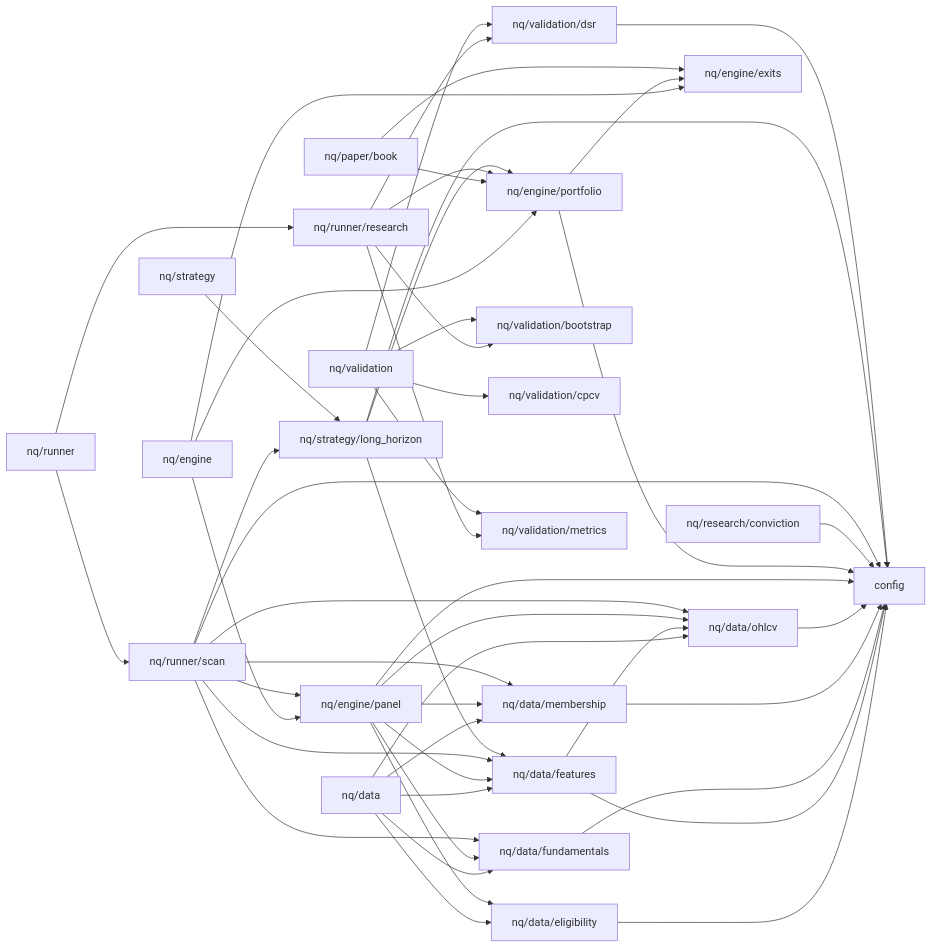
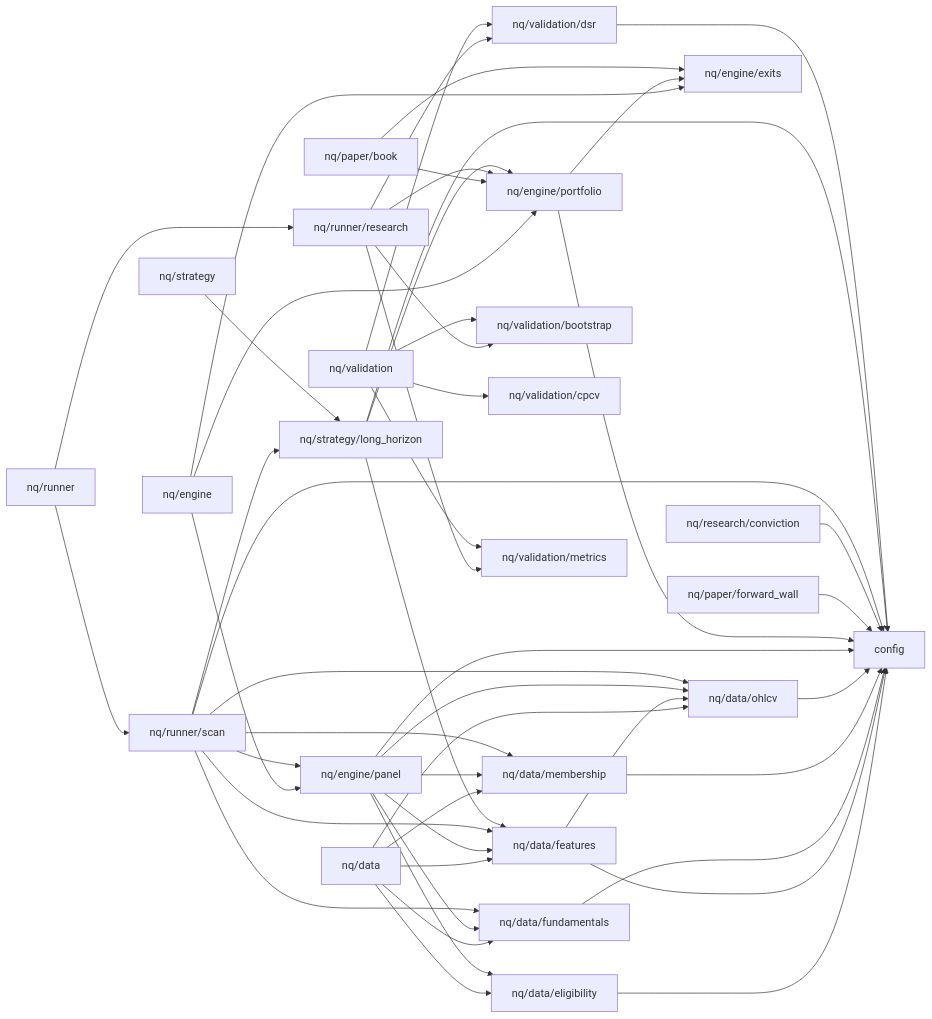
One commit to kreeshpatel/nifty-satvik changed the diagram in docs/DEPENDENCY_MAP.md. Above: the diagram before and after it, drawn with Mermaid. The commit also changed 3 other files, not shown here.

First line of the commit message:
feat(forward): build the §3 forward-wall hash-chained 3-book log harness

````diff
--- a/docs/DEPENDENCY_MAP.md
+++ b/docs/DEPENDENCY_MAP.md
@@ -9,73 +9,75 @@
 ```mermaid
 flowchart LR
     config["config"]
     nq_data["nq/data"]
     nq_data_eligibility["nq/data/eligibility"]
     nq_data_features["nq/data/features"]
     nq_data_fundamentals["nq/data/fundamentals"]
     nq_data_membership["nq/data/membership"]
     nq_data_ohlcv["nq/data/ohlcv"]
     nq_engine["nq/engine"]
     nq_engine_exits["nq/engine/exits"]
     nq_engine_panel["nq/engine/panel"]
     nq_engine_portfolio["nq/engine/portfolio"]
     nq_paper_book["nq/paper/book"]
+    nq_paper_forward_wall["nq/paper/forward_wall"]
     nq_research_conviction["nq/research/conviction"]
     nq_runner["nq/runner"]
     nq_runner_research["nq/runner/research"]
     nq_runner_scan["nq/runner/scan"]
     nq_strategy["nq/strategy"]
     nq_strategy_long_horizon["nq/strategy/long_horizon"]
     nq_validation["nq/validation"]
     nq_validation_bootstrap["nq/validation/bootstrap"]
     nq_validation_cpcv["nq/validation/cpcv"]
     nq_validation_dsr["nq/validation/dsr"]
     nq_validation_metrics["nq/validation/metrics"]
     nq_data --> nq_data_eligibility
     nq_data --> nq_data_features
     nq_data --> nq_data_fundamentals
     nq_data --> nq_data_membership
     nq_data --> nq_data_ohlcv
     nq_data_eligibility --> config
     nq_data_features --> config
     nq_data_features --> nq_data_ohlcv
     nq_data_fundamentals --> config
     nq_data_membership --> config
     nq_data_ohlcv --> config
     nq_engine --> nq_engine_exits
     nq_engine --> nq_engine_panel
     nq_engine --> nq_engine_portfolio
     nq_engine_panel --> config
     nq_engine_panel --> nq_data_eligibility
     nq_engine_panel --> nq_data_features
     nq_engine_panel --> nq_data_fundamentals
     nq_engine_panel --> nq_data_membership
     nq_engine_panel --> nq_data_ohlcv
     nq_engine_portfolio --> config
     nq_engine_portfolio --> nq_engine_exits
     nq_paper_book --> nq_engine_exits
     nq_paper_book --> nq_engine_portfolio
+    nq_paper_forward_wall --> config
     nq_research_conviction --> config
     nq_runner --> nq_runner_research
     nq_runner --> nq_runner_scan
     nq_runner_research --> nq_engine_portfolio
     nq_runner_research --> nq_validation_bootstrap
     nq_runner_research --> nq_validation_dsr
     nq_runner_research --> nq_validation_metrics
     nq_runner_scan --> config
     nq_runner_scan --> nq_data_features
     nq_runner_scan --> nq_data_fundamentals
     nq_runner_scan --> nq_data_membership
     nq_runner_scan --> nq_data_ohlcv
     nq_runner_scan --> nq_engine_panel
     nq_runner_scan --> nq_strategy_long_horizon
     nq_strategy --> nq_strategy_long_horizon
     nq_strategy_long_horizon --> config
     nq_strategy_long_horizon --> nq_data_features
     nq_strategy_long_horizon --> nq_engine_portfolio
     nq_validation --> nq_validation_bootstrap
     nq_validation --> nq_validation_cpcv
     nq_validation --> nq_validation_dsr
     nq_validation --> nq_validation_metrics
     nq_validation_dsr --> config
 ```
````
